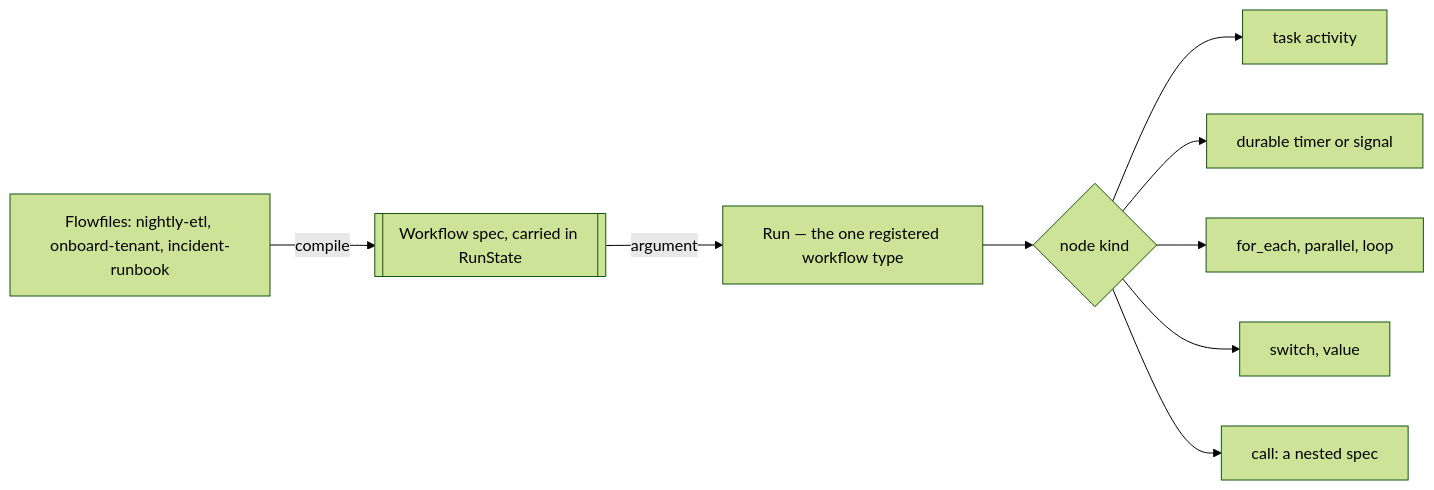
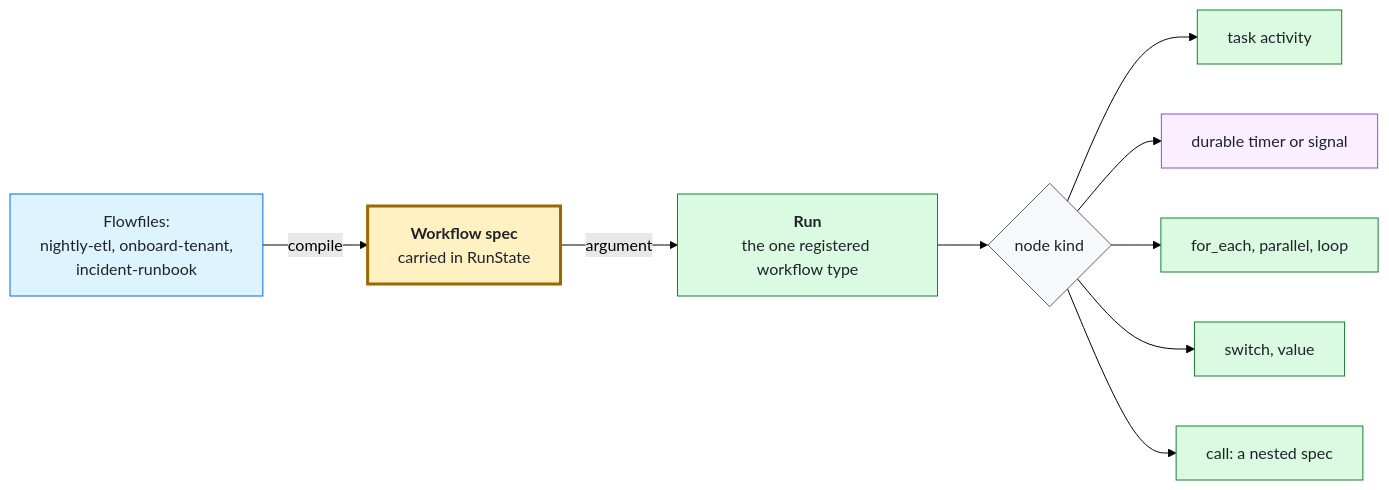
One commit to picatz/flowstate changed the second of 3 diagrams in docs/ARCHITECTURE.md. Above: the diagram before and after it, drawn with Mermaid (forest theme). The commit also changed other lines of this file and 8 other files, not shown here.

First line of the commit message:
docs: give every diagram one palette and a style guide

````diff
--- a/docs/ARCHITECTURE.md
+++ b/docs/ARCHITECTURE.md
@@ -231,11 +239,32 @@
 ```mermaid
 flowchart LR
-  Files["Flowfiles: nightly-etl, onboard-tenant, incident-runbook"] -->|compile| Spec[["Workflow spec, carried in RunState"]]
-  Spec -->|argument| Run["Run — the one registered workflow type"]
-  Run --> Kind{"node kind"}
-  Kind --> Task["task activity"]
-  Kind --> Wait["durable timer or signal"]
-  Kind --> Fan["for_each, parallel, loop"]
-  Kind --> Branch["switch, value"]
-  Kind --> Call["call: a nested spec"]
+  Files["Flowfiles:<br/>nightly-etl, onboard-tenant,<br/>incident-runbook"]
+  Spec["<b>Workflow spec</b><br/>carried in RunState"]
+  Run["<b>Run</b><br/>the one registered workflow type"]
+  Kind{"node kind"}
+  Task["task activity"]
+  Wait["durable timer or signal"]
+  Fan["for_each, parallel, loop"]
+  Branch["switch, value"]
+  Call["call: a nested spec"]
+
+  Files -->|compile| Spec
+  Spec -->|argument| Run
+  Run --> Kind
+  Kind --> Task
+  Kind --> Wait
+  Kind --> Fan
+  Kind --> Branch
+  Kind --> Call
+
+  classDef authoring fill:#DDF4FF,stroke:#0969DA,color:#1F2328
+  classDef contract fill:#FFF1C2,stroke:#9A6700,stroke-width:3px,color:#1F2328
+  classDef runtime fill:#DAFBE1,stroke:#1A7F37,color:#1F2328
+  classDef durable fill:#FBEFFF,stroke:#8250DF,color:#1F2328
+  classDef neutral fill:#F6F8FA,stroke:#57606A,color:#1F2328
+  class Files authoring
+  class Spec contract
+  class Run,Fan,Branch,Call,Task runtime
+  class Wait durable
+  class Kind neutral
 ```
````
